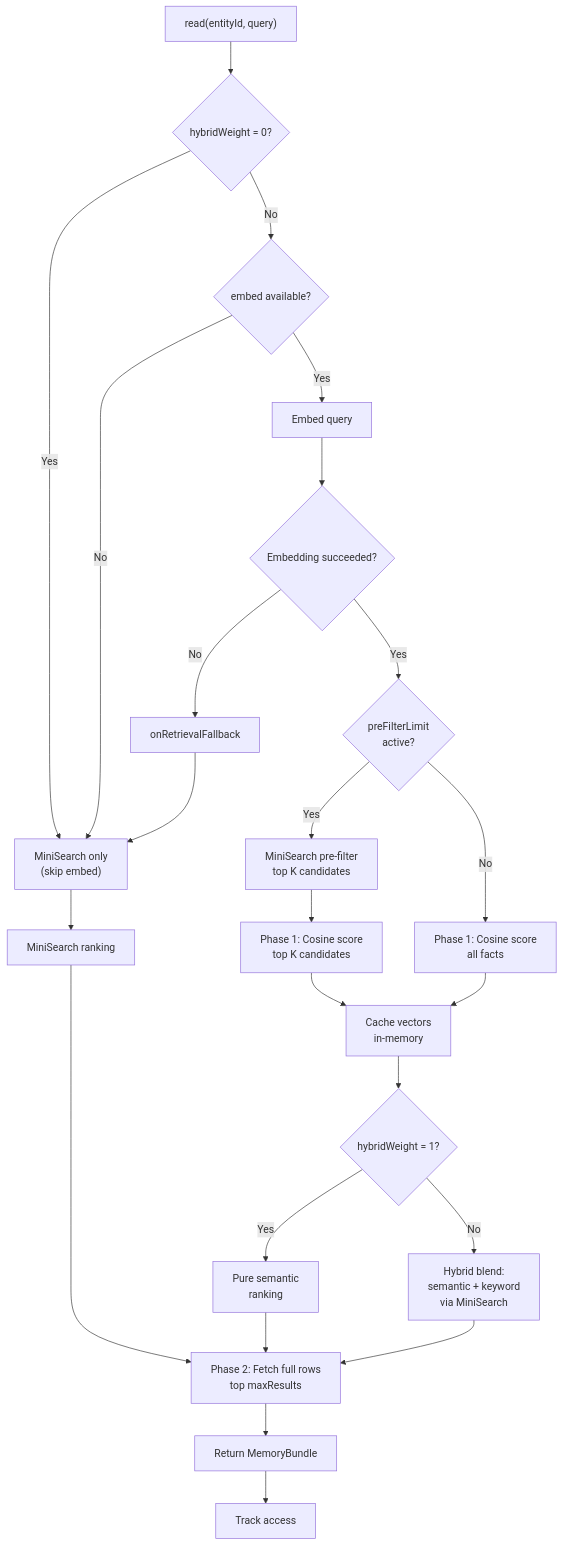
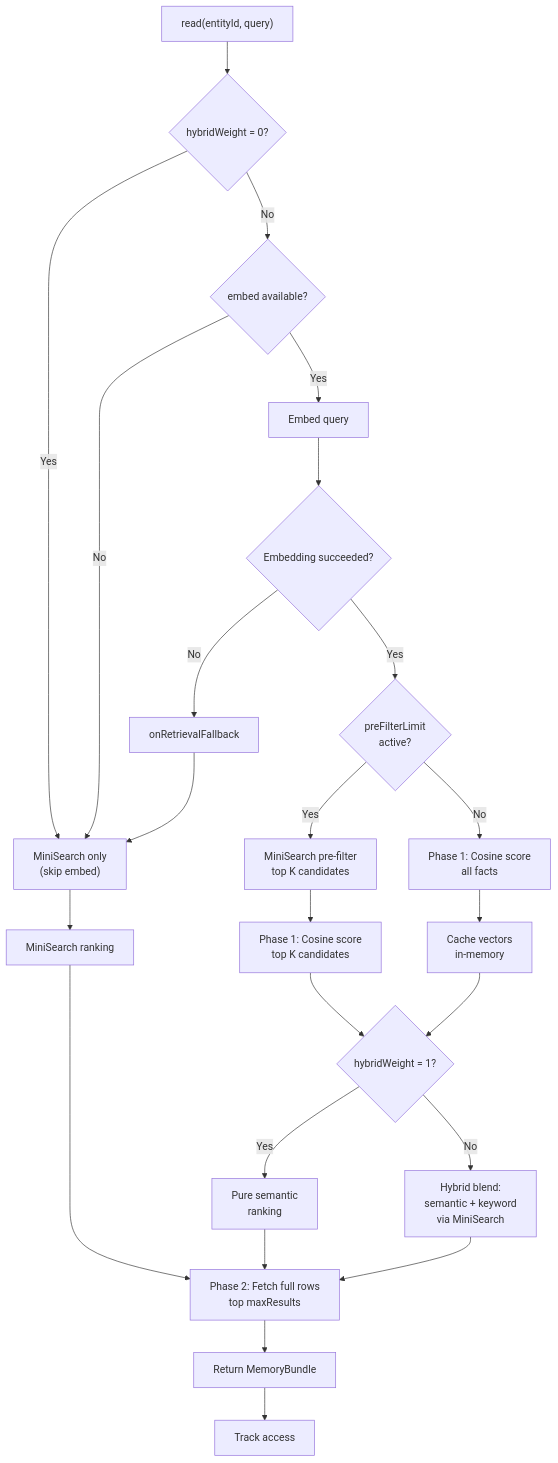
The second of 3 diagrams in README.md (equationalapplications/expo-llm-wiki), drawn with Mermaid before and after one commit.

Commit message:
Potential fix for pull request finding

````diff
--- a/README.md
+++ b/README.md
@@ -640,26 +640,26 @@
 ```mermaid
 flowchart TD
     A["read(entityId, query)"] --> B{hybridWeight = 0?}
     B -->|Yes| C["MiniSearch only<br/>(skip embed)"]
     B -->|No| D{embed available?}
     D -->|No| C
     D -->|Yes| F["Embed query"]
     F --> G{Embedding succeeded?}
     G -->|No| E["onRetrievalFallback"]
     E --> C
     G -->|Yes| H{preFilterLimit<br/>active?}
     H -->|Yes| I["MiniSearch pre-filter<br/>top K candidates"]
     I --> J["Phase 1: Cosine score<br/>top K candidates"]
     H -->|No| K["Phase 1: Cosine score<br/>all facts"]
-    J --> L["Cache vectors<br/>in-memory"]
-    K --> L
-    L --> M{hybridWeight = 1?}
+    J --> M{hybridWeight = 1?}
+    K --> L["Cache vectors<br/>in-memory"]
+    L --> M
     M -->|Yes| N["Pure semantic<br/>ranking"]
     M -->|No| O["Hybrid blend:<br/>semantic + keyword<br/>via MiniSearch"]
     N --> P["Phase 2: Fetch full rows<br/>top maxResults"]
     O --> P
     C --> Q["MiniSearch ranking"]
     Q --> P
     P --> R["Return MemoryBundle"]
     R --> S["Track access"]
 ```
````
